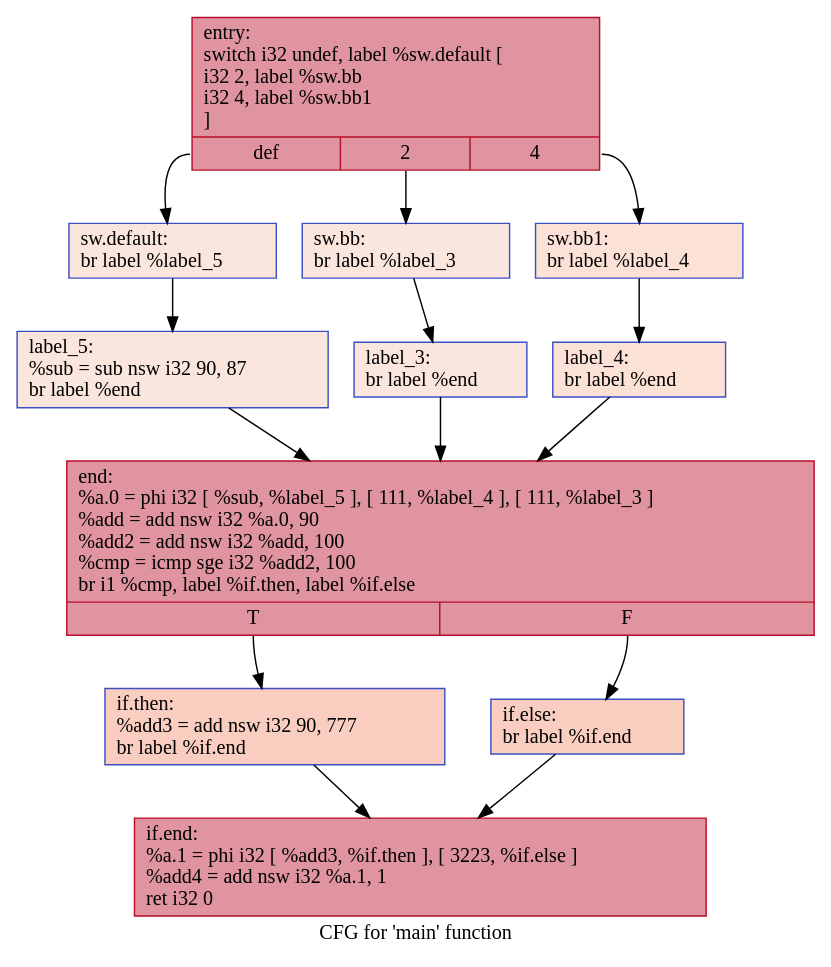
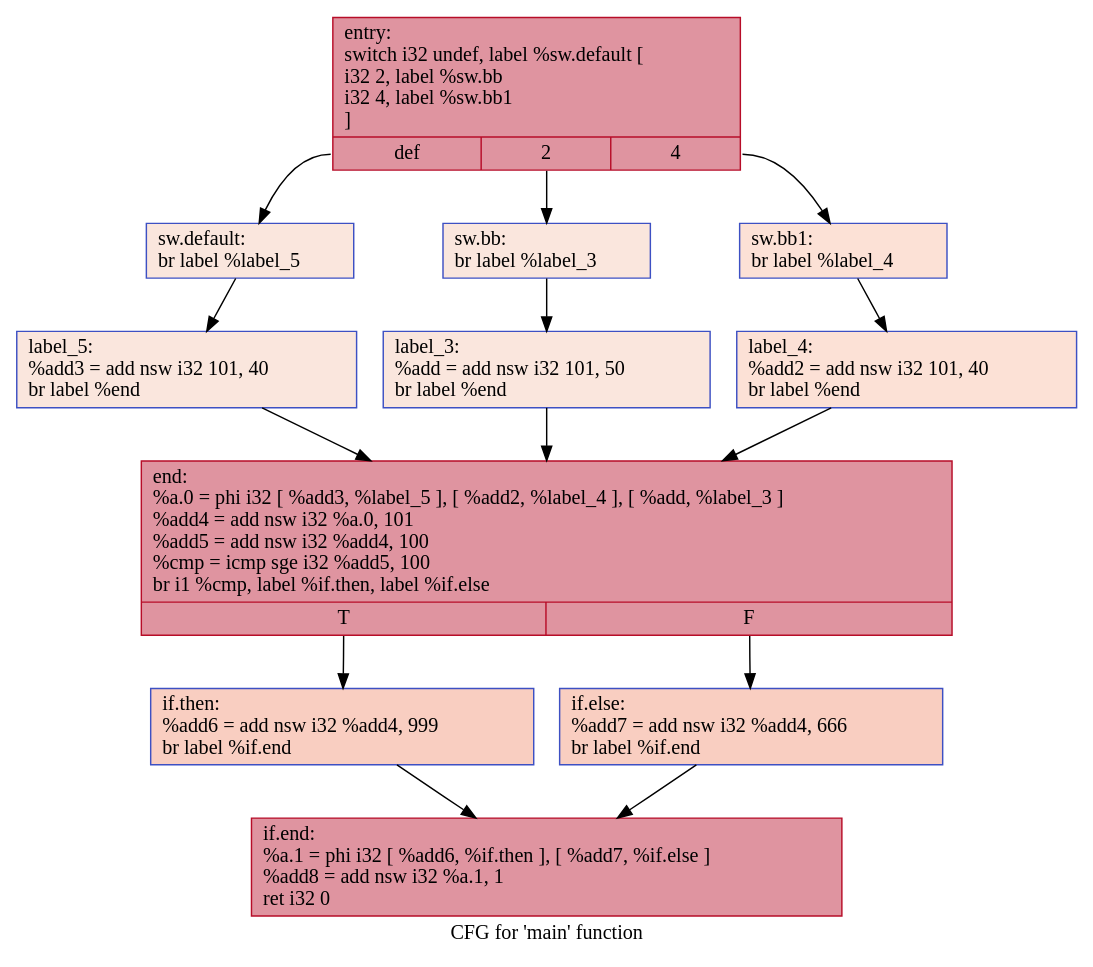
One commit to HPSSA-LLVM/HPSSA-LLVM changed the diagram in IR/cfg/baseline.dot. Above: the diagram before and after it, drawn with Graphviz. The commit also changed 22 other files, not shown here.

```diff
--- a/IR/cfg/baseline.dot
+++ b/IR/cfg/baseline.dot
@@ -1,28 +1,28 @@
 digraph "CFG for 'main' function" {
 	label="CFG for 'main' function";
 
-	Node0x5577358f97e0 [shape=record,color="#b70d28ff", style=filled, fillcolor="#b70d2870",label="{entry:\l  switch i32 undef, label %sw.default [\l    i32 2, label %sw.bb\l    i32 4, label %sw.bb1\l  ]\l|{<s0>def|<s1>2|<s2>4}}"];
-	Node0x5577358f97e0:s0 -> Node0x5577358f9d40;
-	Node0x5577358f97e0:s1 -> Node0x5577358f9dc0;
-	Node0x5577358f97e0:s2 -> Node0x5577358f9e60;
-	Node0x5577358f9dc0 [shape=record,color="#3d50c3ff", style=filled, fillcolor="#f3c7b170",label="{sw.bb:                                            \l  br label %label_3\l}"];
-	Node0x5577358f9dc0 -> Node0x5577358f9ff0;
-	Node0x5577358f9e60 [shape=record,color="#3d50c3ff", style=filled, fillcolor="#f7bca170",label="{sw.bb1:                                           \l  br label %label_4\l}"];
-	Node0x5577358f9e60 -> Node0x5577358fa0d0;
-	Node0x5577358f9d40 [shape=record,color="#3d50c3ff", style=filled, fillcolor="#f3c7b170",label="{sw.default:                                       \l  br label %label_5\l}"];
-	Node0x5577358f9d40 -> Node0x5577358fa1b0;
-	Node0x5577358f9ff0 [shape=record,color="#3d50c3ff", style=filled, fillcolor="#f3c7b170",label="{label_3:                                          \l  br label %end\l}"];
-	Node0x5577358f9ff0 -> Node0x5577358fa290;
-	Node0x5577358fa0d0 [shape=record,color="#3d50c3ff", style=filled, fillcolor="#f7bca170",label="{label_4:                                          \l  br label %end\l}"];
-	Node0x5577358fa0d0 -> Node0x5577358fa290;
-	Node0x5577358fa1b0 [shape=record,color="#3d50c3ff", style=filled, fillcolor="#f3c7b170",label="{label_5:                                          \l  %sub = sub nsw i32 90, 87\l  br label %end\l}"];
-	Node0x5577358fa1b0 -> Node0x5577358fa290;
-	Node0x5577358fa290 [shape=record,color="#b70d28ff", style=filled, fillcolor="#b70d2870",label="{end:                                              \l  %a.0 = phi i32 [ %sub, %label_5 ], [ 111, %label_4 ], [ 111, %label_3 ]\l  %add = add nsw i32 %a.0, 90\l  %add2 = add nsw i32 %add, 100\l  %cmp = icmp sge i32 %add2, 100\l  br i1 %cmp, label %if.then, label %if.else\l|{<s0>T|<s1>F}}"];
-	Node0x5577358fa290:s0 -> Node0x5577358faa60;
-	Node0x5577358fa290:s1 -> Node0x5577358faad0;
-	Node0x5577358faa60 [shape=record,color="#3d50c3ff", style=filled, fillcolor="#f2907270",label="{if.then:                                          \l  %add3 = add nsw i32 90, 777\l  br label %if.end\l}"];
-	Node0x5577358faa60 -> Node0x5577358facd0;
-	Node0x5577358faad0 [shape=record,color="#3d50c3ff", style=filled, fillcolor="#f2907270",label="{if.else:                                          \l  br label %if.end\l}"];
-	Node0x5577358faad0 -> Node0x5577358facd0;
-	Node0x5577358facd0 [shape=record,color="#b70d28ff", style=filled, fillcolor="#b70d2870",label="{if.end:                                           \l  %a.1 = phi i32 [ %add3, %if.then ], [ 3223, %if.else ]\l  %add4 = add nsw i32 %a.1, 1\l  ret i32 0\l}"];
+	Node0x55ea3632d850 [shape=record,color="#b70d28ff", style=filled, fillcolor="#b70d2870",label="{entry:\l  switch i32 undef, label %sw.default [\l    i32 2, label %sw.bb\l    i32 4, label %sw.bb1\l  ]\l|{<s0>def|<s1>2|<s2>4}}"];
+	Node0x55ea3632d850:s0 -> Node0x55ea3632ddb0;
+	Node0x55ea3632d850:s1 -> Node0x55ea3632de30;
+	Node0x55ea3632d850:s2 -> Node0x55ea3632ded0;
+	Node0x55ea3632de30 [shape=record,color="#3d50c3ff", style=filled, fillcolor="#f3c7b170",label="{sw.bb:                                            \l  br label %label_3\l}"];
+	Node0x55ea3632de30 -> Node0x55ea3632e060;
+	Node0x55ea3632ded0 [shape=record,color="#3d50c3ff", style=filled, fillcolor="#f7bca170",label="{sw.bb1:                                           \l  br label %label_4\l}"];
+	Node0x55ea3632ded0 -> Node0x55ea3632e140;
+	Node0x55ea3632ddb0 [shape=record,color="#3d50c3ff", style=filled, fillcolor="#f3c7b170",label="{sw.default:                                       \l  br label %label_5\l}"];
+	Node0x55ea3632ddb0 -> Node0x55ea3632e220;
+	Node0x55ea3632e060 [shape=record,color="#3d50c3ff", style=filled, fillcolor="#f3c7b170",label="{label_3:                                          \l  %add = add nsw i32 101, 50\l  br label %end\l}"];
+	Node0x55ea3632e060 -> Node0x55ea3632e410;
+	Node0x55ea3632e140 [shape=record,color="#3d50c3ff", style=filled, fillcolor="#f7bca170",label="{label_4:                                          \l  %add2 = add nsw i32 101, 40\l  br label %end\l}"];
+	Node0x55ea3632e140 -> Node0x55ea3632e410;
+	Node0x55ea3632e220 [shape=record,color="#3d50c3ff", style=filled, fillcolor="#f3c7b170",label="{label_5:                                          \l  %add3 = add nsw i32 101, 40\l  br label %end\l}"];
+	Node0x55ea3632e220 -> Node0x55ea3632e410;
+	Node0x55ea3632e410 [shape=record,color="#b70d28ff", style=filled, fillcolor="#b70d2870",label="{end:                                              \l  %a.0 = phi i32 [ %add3, %label_5 ], [ %add2, %label_4 ], [ %add, %label_3 ]\l  %add4 = add nsw i32 %a.0, 101\l  %add5 = add nsw i32 %add4, 100\l  %cmp = icmp sge i32 %add5, 100\l  br i1 %cmp, label %if.then, label %if.else\l|{<s0>T|<s1>F}}"];
+	Node0x55ea3632e410:s0 -> Node0x55ea3632ec30;
+	Node0x55ea3632e410:s1 -> Node0x55ea3632eca0;
+	Node0x55ea3632ec30 [shape=record,color="#3d50c3ff", style=filled, fillcolor="#f2907270",label="{if.then:                                          \l  %add6 = add nsw i32 %add4, 999\l  br label %if.end\l}"];
+	Node0x55ea3632ec30 -> Node0x55ea3632eea0;
+	Node0x55ea3632eca0 [shape=record,color="#3d50c3ff", style=filled, fillcolor="#f2907270",label="{if.else:                                          \l  %add7 = add nsw i32 %add4, 666\l  br label %if.end\l}"];
+	Node0x55ea3632eca0 -> Node0x55ea3632eea0;
+	Node0x55ea3632eea0 [shape=record,color="#b70d28ff", style=filled, fillcolor="#b70d2870",label="{if.end:                                           \l  %a.1 = phi i32 [ %add6, %if.then ], [ %add7, %if.else ]\l  %add8 = add nsw i32 %a.1, 1\l  ret i32 0\l}"];
 }
```
